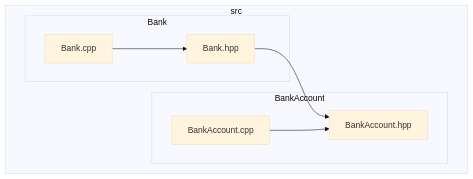
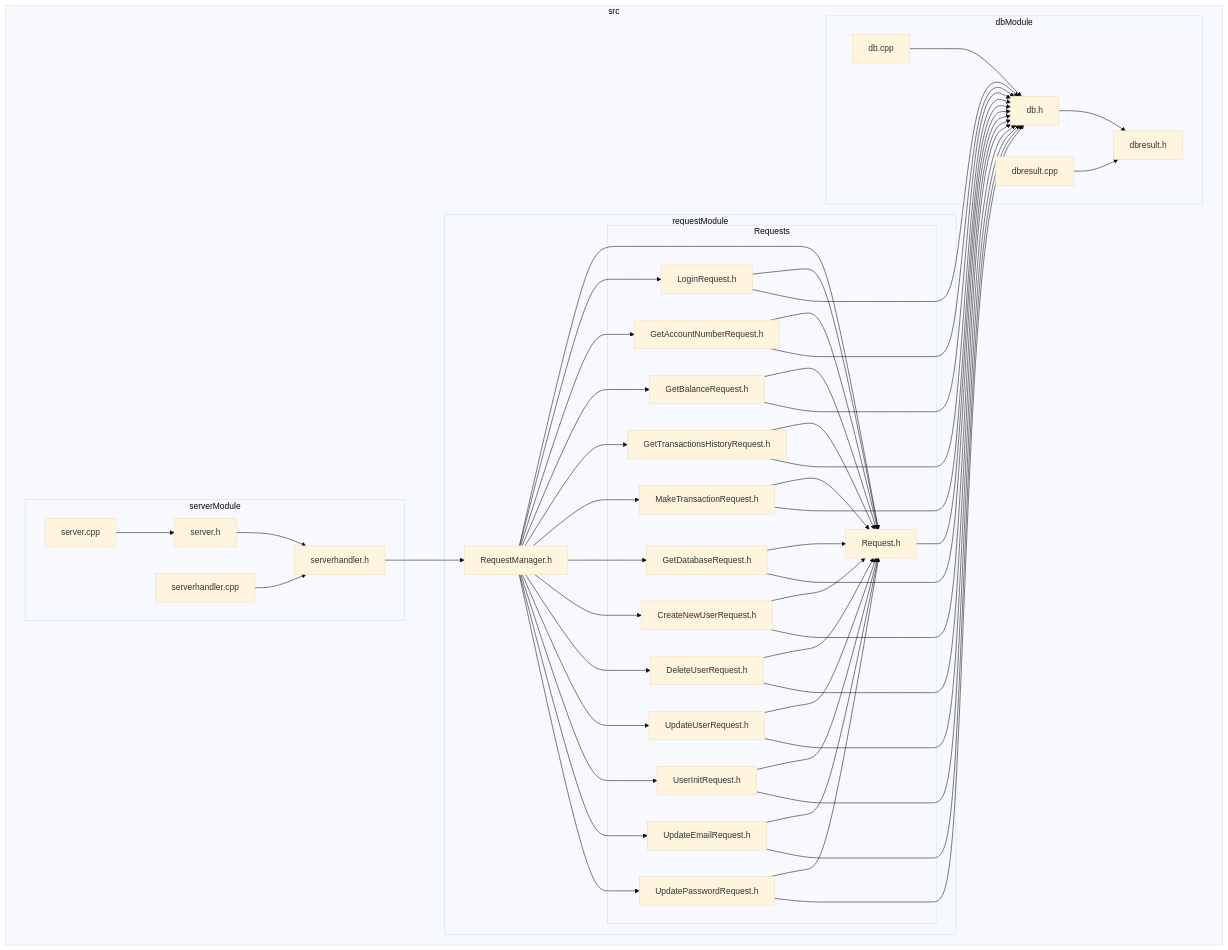
One commit to 7osssam/QT-Banking-System-Server changed the diagram in docs/diagrams/include_diagram.mmd. Above: the diagram before and after it, drawn with Mermaid (base theme). The commit also changed 14 other files, not shown here.

```diff
--- a/docs/diagrams/include_diagram.mmd
+++ b/docs/diagrams/include_diagram.mmd
@@ -1,17 +1,81 @@
 flowchart
     subgraph C_0009392701334512935369[src]
-    subgraph C_0002394840416120061501[Bank]
-    C_0000529258628623449314[Bank.cpp]
-    C_0004959706648474708623[Bank.hpp]
+    subgraph C_0000376844742298738572[serverModule]
+    C_0004930444100045331493[server.h]
+    C_0014776125144863485891[serverhandler.h]
+    C_0014526408463163538724[server.cpp]
+    C_0002802959985742540062[serverhandler.cpp]
     end
-    subgraph C_0001617240256891923844[BankAccount]
-    C_0001999126956856393903[BankAccount.hpp]
-    C_0016260587715478220546[BankAccount.cpp]
+    subgraph C_0007249139127462911352[requestModule]
+    C_0004662975987075955962[RequestManager.h]
+    subgraph C_0001482322031337363986[Requests]
+    C_0000683983954371703321[Request.h]
+    C_0009705104522813573766[LoginRequest.h]
+    C_0002027120791438508115[GetAccountNumberRequest.h]
+    C_0010044431027817489945[GetBalanceRequest.h]
+    C_0006672437125610379356[GetTransactionsHistoryRequest.h]
+    C_0008063967914262038647[MakeTransactionRequest.h]
+    C_0009014951225837961074[GetDatabaseRequest.h]
+    C_0012389142519446737106[CreateNewUserRequest.h]
+    C_0017998885070914382401[DeleteUserRequest.h]
+    C_0011687987665606014223[UpdateUserRequest.h]
+    C_0011066283835893554674[UserInitRequest.h]
+    C_0000415219272604096448[UpdateEmailRequest.h]
+    C_0015919083400246773521[UpdatePasswordRequest.h]
     end
     end
-    C_0000529258628623449314 --> C_0004959706648474708623
-    C_0004959706648474708623 --> C_0001999126956856393903
-    C_0016260587715478220546 --> C_0001999126956856393903
+    subgraph C_0006877198409089665649[dbModule]
+    C_0005021643397729925023[db.h]
+    C_0012871275894220828006[dbresult.h]
+    C_0016013798473120276547[dbresult.cpp]
+    C_0010016149012892003898[db.cpp]
+    end
+    end
+    C_0004930444100045331493 --> C_0014776125144863485891
+    C_0014776125144863485891 --> C_0004662975987075955962
+    C_0014526408463163538724 --> C_0004930444100045331493
+    C_0002802959985742540062 --> C_0014776125144863485891
+    C_0004662975987075955962 --> C_0000683983954371703321
+    C_0004662975987075955962 --> C_0009705104522813573766
+    C_0004662975987075955962 --> C_0002027120791438508115
+    C_0004662975987075955962 --> C_0010044431027817489945
+    C_0004662975987075955962 --> C_0006672437125610379356
+    C_0004662975987075955962 --> C_0008063967914262038647
+    C_0004662975987075955962 --> C_0009014951225837961074
+    C_0004662975987075955962 --> C_0012389142519446737106
+    C_0004662975987075955962 --> C_0017998885070914382401
+    C_0004662975987075955962 --> C_0011687987665606014223
+    C_0004662975987075955962 --> C_0011066283835893554674
+    C_0004662975987075955962 --> C_0000415219272604096448
+    C_0004662975987075955962 --> C_0015919083400246773521
+    C_0000683983954371703321 --> C_0005021643397729925023
+    C_0009705104522813573766 --> C_0000683983954371703321
+    C_0009705104522813573766 --> C_0005021643397729925023
+    C_0002027120791438508115 --> C_0000683983954371703321
+    C_0002027120791438508115 --> C_0005021643397729925023
+    C_0010044431027817489945 --> C_0000683983954371703321
+    C_0010044431027817489945 --> C_0005021643397729925023
+    C_0006672437125610379356 --> C_0000683983954371703321
+    C_0006672437125610379356 --> C_0005021643397729925023
+    C_0008063967914262038647 --> C_0000683983954371703321
+    C_0008063967914262038647 --> C_0005021643397729925023
+    C_0009014951225837961074 --> C_0000683983954371703321
+    C_0009014951225837961074 --> C_0005021643397729925023
+    C_0012389142519446737106 --> C_0000683983954371703321
+    C_0012389142519446737106 --> C_0005021643397729925023
+    C_0017998885070914382401 --> C_0000683983954371703321
+    C_0017998885070914382401 --> C_0005021643397729925023
+    C_0011687987665606014223 --> C_0000683983954371703321
+    C_0011687987665606014223 --> C_0005021643397729925023
+    C_0011066283835893554674 --> C_0000683983954371703321
+    C_0011066283835893554674 --> C_0005021643397729925023
+    C_0000415219272604096448 --> C_0000683983954371703321
+    C_0000415219272604096448 --> C_0005021643397729925023
+    C_0015919083400246773521 --> C_0000683983954371703321
+    C_0015919083400246773521 --> C_0005021643397729925023
+    C_0005021643397729925023 --> C_0012871275894220828006
+    C_0016013798473120276547 --> C_0012871275894220828006
+    C_0010016149012892003898 --> C_0005021643397729925023
 
 %% Generated with clang-uml, version 0.5.3
 %% LLVM version clang version 18.1.1 (https://github.com/llvm/llvm-project.git dba2a75e9c7ef81fe84774ba5eee5e67e01d801a)
```
